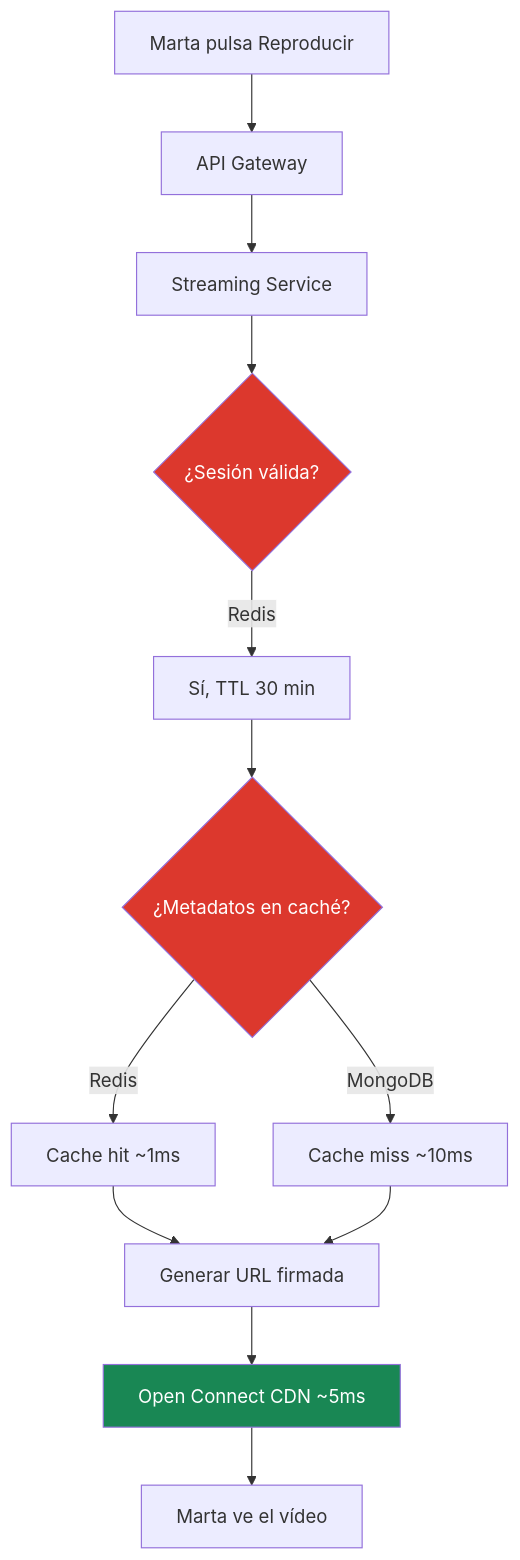
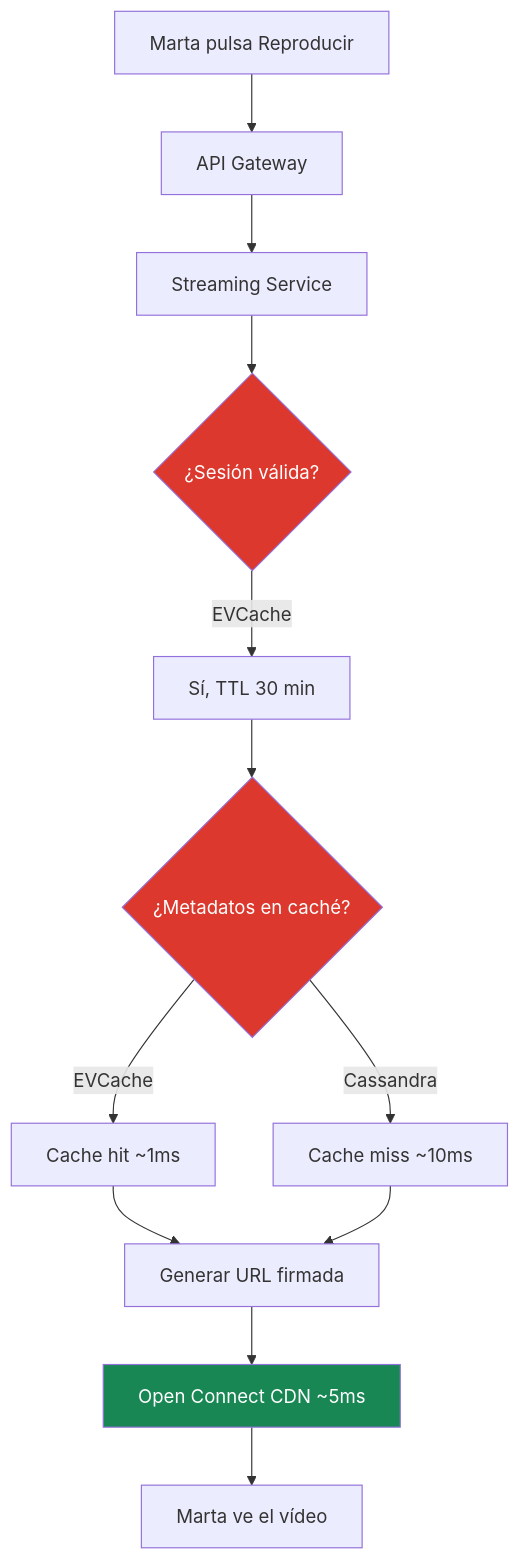
One commit to joseluisgs/joseluisgs changed the first of 10 diagrams in web/src/posts/2026/2026-08-24-netflix-arquitectura-datos.md. Above: the diagram before and after it, drawn with Mermaid. The commit also changed other lines of this file, not shown here.

Commit message:
feat: actualizar artículo sobre la arquitectura de datos de Netflix, reemplazando Redis por EVCache y añadiendo nuevas tecnologías de base de datos

````diff
--- a/web/src/posts/2026/2026-08-24-netflix-arquitectura-datos.md
+++ b/web/src/posts/2026/2026-08-24-netflix-arquitectura-datos.md
@@ -39,17 +41,17 @@
 ```mermaid
 flowchart TD
     A[Marta pulsa Reproducir] --> B[API Gateway]
     B --> C[Streaming Service]
     C --> D{¿Sesión válida?}
-    D -->|Redis| E[Sí, TTL 30 min]
+    D -->|EVCache| E[Sí, TTL 30 min]
     E --> F{¿Metadatos en caché?}
-    F -->|Redis| G[Cache hit ~1ms]
-    F -->|MongoDB| H[Cache miss ~10ms]
+    F -->|EVCache| G[Cache hit ~1ms]
+    F -->|Cassandra| H[Cache miss ~10ms]
     G --> I[Generar URL firmada]
     H --> I
     I --> J[Open Connect CDN ~5ms]
     J --> K[Marta ve el vídeo]
     style D fill:#DC382D,color:#fff
     style F fill:#DC382D,color:#fff
     style J fill:#198754,color:#fff
 ```
````
